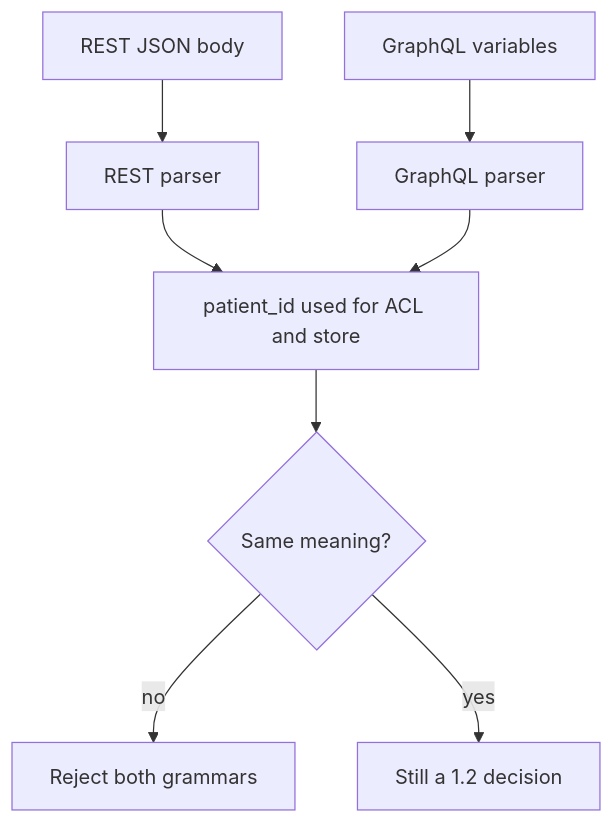
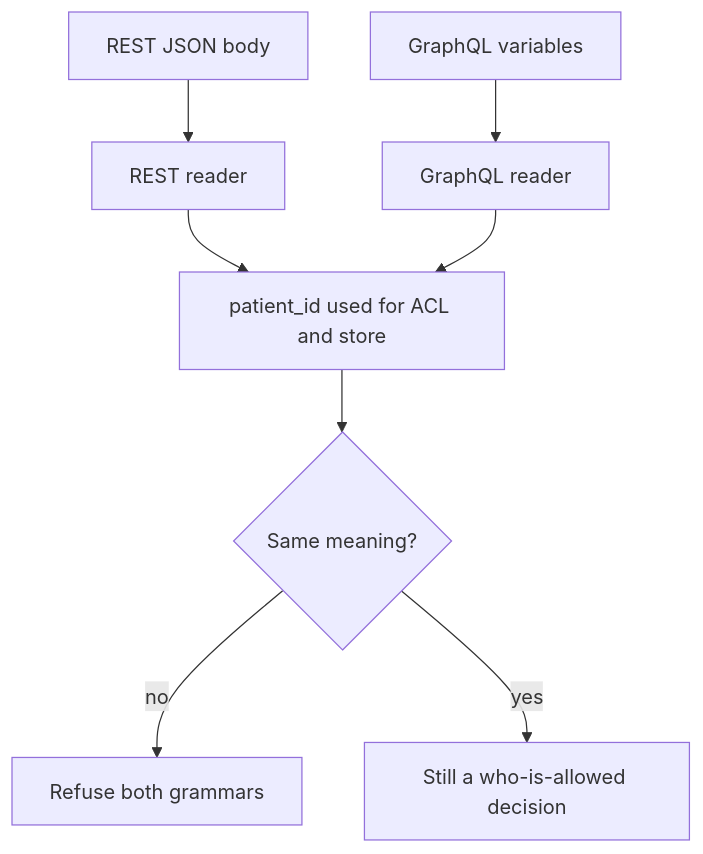
One commit to ishitvagoel/LearnSecurity changed the diagram in content/modules/2/2.1/lessons/07-transfer.md. Above: the diagram before and after it, drawn with Mermaid. The commit also changed other lines of this file and 44 other files, not shown here.

````diff
--- a/content/modules/2/2.1/lessons/07-transfer.md
+++ b/content/modules/2/2.1/lessons/07-transfer.md
@@ -26,10 +23,10 @@
 ```mermaid
 flowchart TD
-  REST["REST JSON body"] --> P1[REST parser]
-  GQL["GraphQL variables"] --> P2[GraphQL parser]
-  P1 --> Bind["patient_id used for ACL and store"]
+  REST[REST JSON body] --> P1[REST reader]
+  GQL[GraphQL variables] --> P2[GraphQL reader]
+  P1 --> Bind[patient_id used for ACL and store]
   P2 --> Bind
   Bind --> Ok{Same meaning?}
-  Ok -->|no| Deny[Reject both grammars]
-  Ok -->|yes| AuthZ["Still a 1.2 decision"]
+  Ok -->|no| Deny[Refuse both grammars]
+  Ok -->|yes| AuthZ[Still a who-is-allowed decision]
 ```
````
